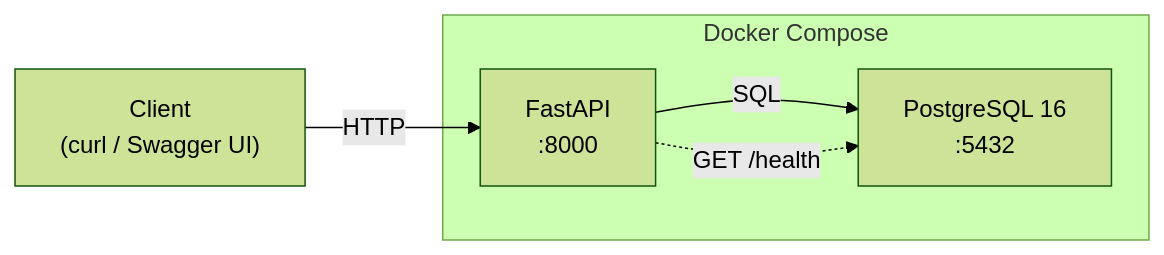
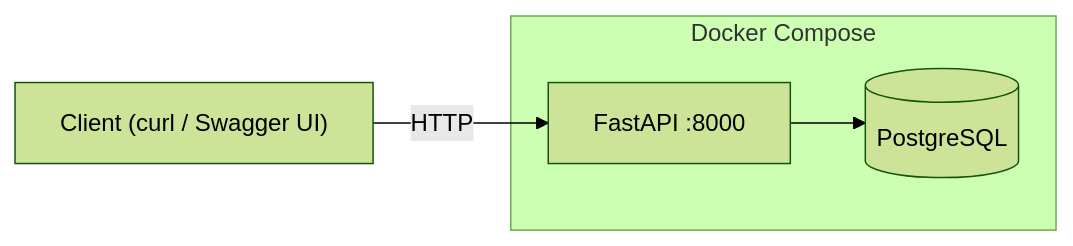
One commit to Dminin2/healthcare-ai-mvp changed the first of 3 diagrams in README.md. Above: the diagram before and after it, drawn with Mermaid (forest theme). The commit also changed other lines of this file and 1 other file, not shown here.

````diff
--- a/README.md
+++ b/README.md
@@ -64,13 +64,12 @@
 ```mermaid
 graph LR
-    Client["Client\n(curl / Swagger UI)"]
+    Client["Client (curl / Swagger UI)"]
 
-    subgraph DC["Docker Compose"]
-        API["FastAPI\n:8000"]
-        DB["PostgreSQL 16\n:5432"]
+    subgraph Compose["Docker Compose"]
+        API["FastAPI :8000"]
+        DB[("PostgreSQL")]
     end
 
     Client -->|HTTP| API
-    API -->|SQL| DB
-    API -.->|GET /health| DB
+    API --> DB
 ```
````
